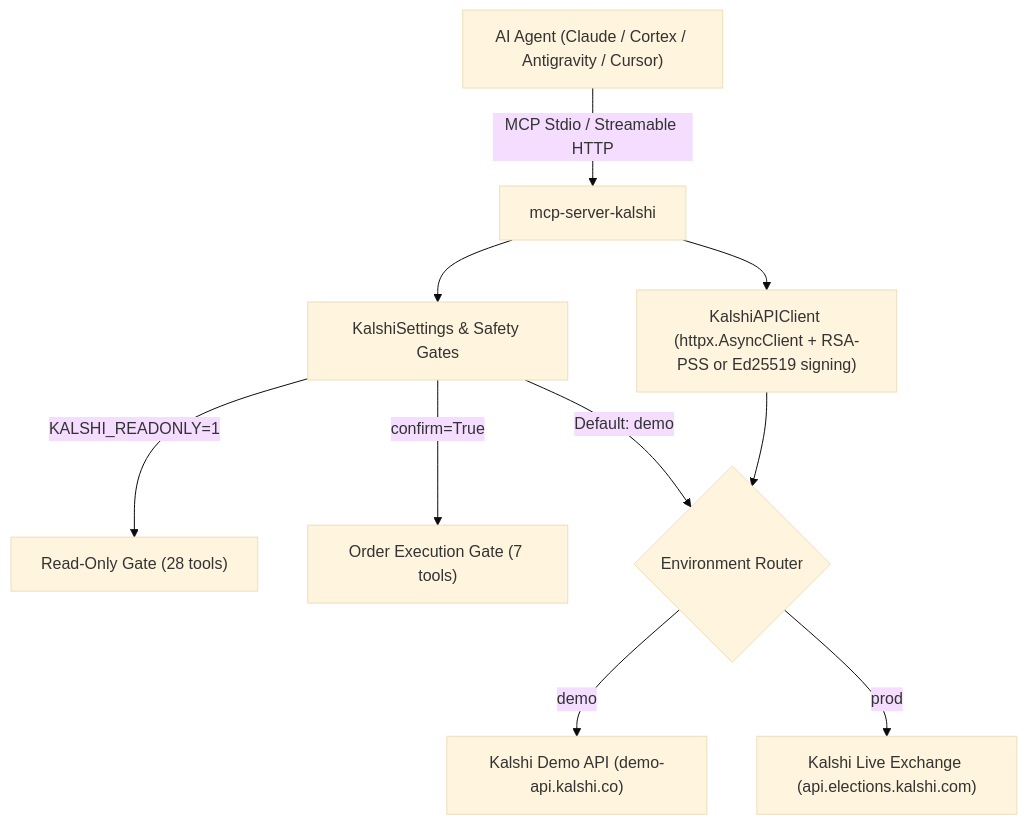
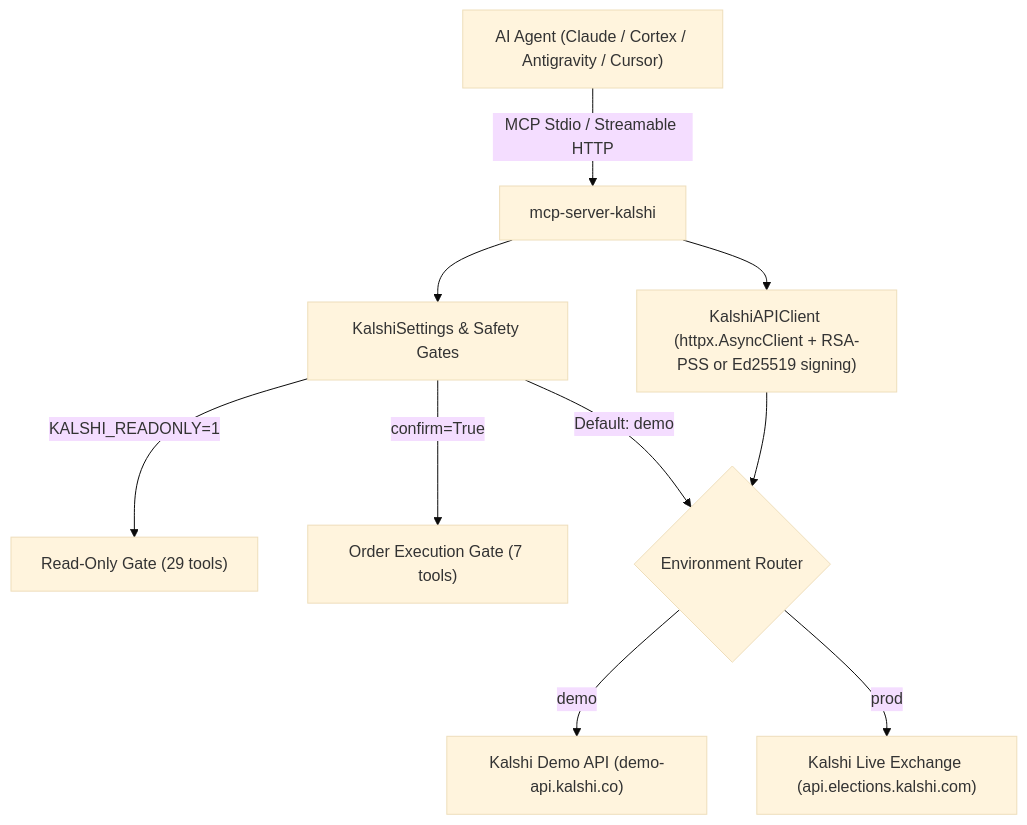
One commit to christianclaudio/mcp-server-kalshi changed the diagram in README.md. Above: the diagram before and after it, drawn with Mermaid (base theme). The commit also changed other lines of this file and 13 other files, not shown here.

First line of the commit message:
fix: rename get_portfolio_summary to get_total_resting_order_value for Kalshi's FCM-only endpoint (#29)

````diff
--- a/README.md
+++ b/README.md
@@ -11,12 +11,12 @@
 ```mermaid
 graph TD
     Client["AI Agent (Claude / Cortex / Antigravity / Cursor)"] -->|"MCP Stdio / Streamable HTTP"| Server["mcp-server-kalshi"]
     Server --> Config["KalshiSettings & Safety Gates"]
-    Config -->|"KALSHI_READONLY=1"| RO["Read-Only Gate (28 tools)"]
+    Config -->|"KALSHI_READONLY=1"| RO["Read-Only Gate (29 tools)"]
     Config -->|"confirm=True"| Mutating["Order Execution Gate (7 tools)"]
     Config -->|"Default: demo"| EnvSelect{"Environment Router"}
     EnvSelect -->|"demo"| DemoAPI["Kalshi Demo API (demo-api.kalshi.co)"]
     EnvSelect -->|"prod"| ProdAPI["Kalshi Live Exchange (api.elections.kalshi.com)"]
     Server --> ClientPool["KalshiAPIClient (httpx.AsyncClient + RSA-PSS or Ed25519 signing)"]
     ClientPool --> EnvSelect
 ```
````
